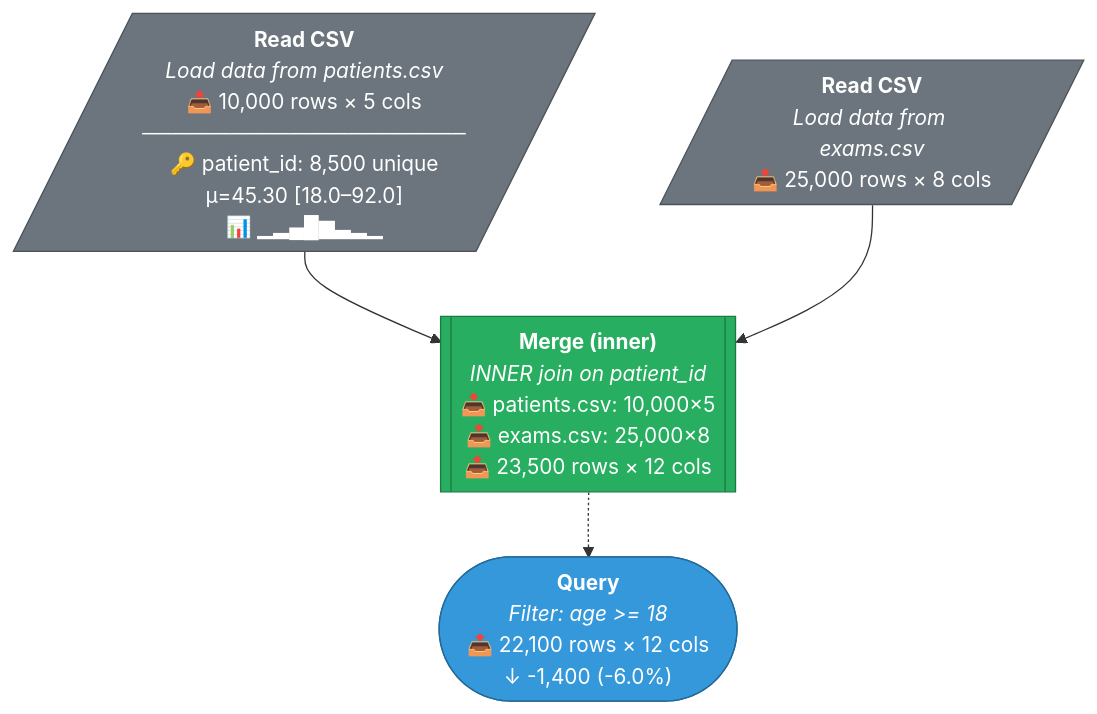
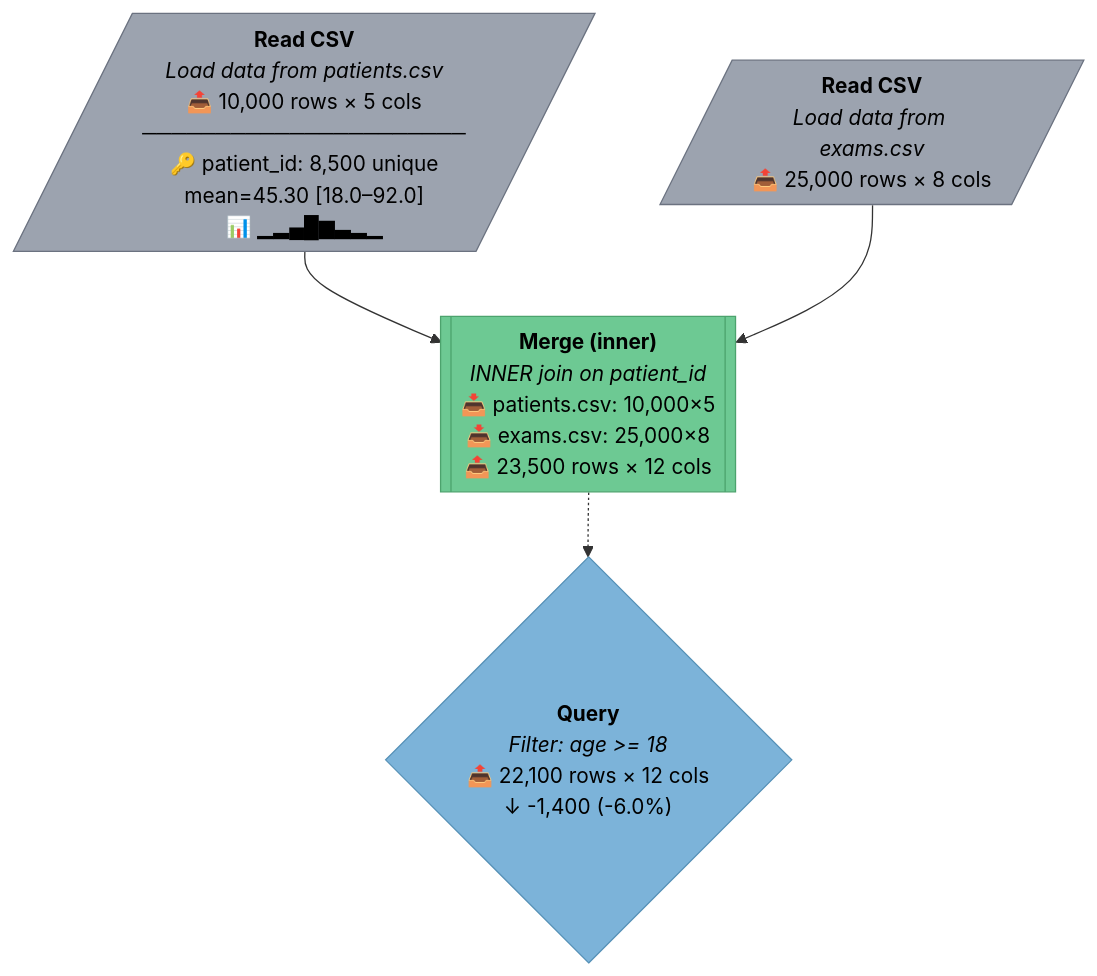
Before and after one commit to rschererstm/pandas-flowchart: the diagram in README.md, drawn with Mermaid. The commit also changed other lines of this file and 14 other files, not shown here.

````diff
--- a/README.md
+++ b/README.md
@@ -187,19 +187,19 @@
 ```mermaid
 flowchart TB
-    op_1[/"<b>Read CSV</b><br/><i>Load data from patients.csv</i><br/>📤 10,000 rows × 5 cols<br/>──────────────────────<br/>🔑 patient_id: 8,500 unique<br/>μ=45.30 [18.0–92.0]<br/>📊 ▁▂▄█▆▃▂▁"/]
+    op_1[/"<b>Read CSV</b><br/><i>Load data from patients.csv</i><br/>📤 10,000 rows × 5 cols<br/>──────────────────────<br/>🔑 patient_id: 8,500 unique<br/>mean=45.30 [18.0–92.0]<br/>📊 ▁▂▄█▆▃▂▁"/]
     
     op_2[/"<b>Read CSV</b><br/><i>Load data from exams.csv</i><br/>📤 25,000 rows × 8 cols"/]
     
     op_3[["<b>Merge (inner)</b><br/><i>INNER join on patient_id</i><br/>📥 patients.csv: 10,000×5<br/>📥 exams.csv: 25,000×8<br/>📤 23,500 rows × 12 cols"]]
     
-    op_4(["<b>Query</b><br/><i>Filter: age >= 18</i><br/>📤 22,100 rows × 12 cols<br/>↓ -1,400 (-6.0%)"])
+    op_4{"<b>Query</b><br/><i>Filter: age >= 18</i><br/>📤 22,100 rows × 12 cols<br/>↓ -1,400 (-6.0%)"}
     
     op_1 --> op_3
     op_2 --> op_3
     op_3 -.-> op_4
     
-    style op_1 fill:#6c757d,stroke:#4a5259,color:#ffffff
-    style op_2 fill:#6c757d,stroke:#4a5259,color:#ffffff
-    style op_3 fill:#27ae60,stroke:#1b7943,color:#ffffff
-    style op_4 fill:#3498db,stroke:#246a99,color:#ffffff
+    style op_1 fill:#9ca3af,stroke:#6b7280,color:#000000
+    style op_2 fill:#9ca3af,stroke:#6b7280,color:#000000
+    style op_3 fill:#6dc993,stroke:#4ca36d,color:#000000
+    style op_4 fill:#7cb3d9,stroke:#5691b7,color:#000000
 ```
````
